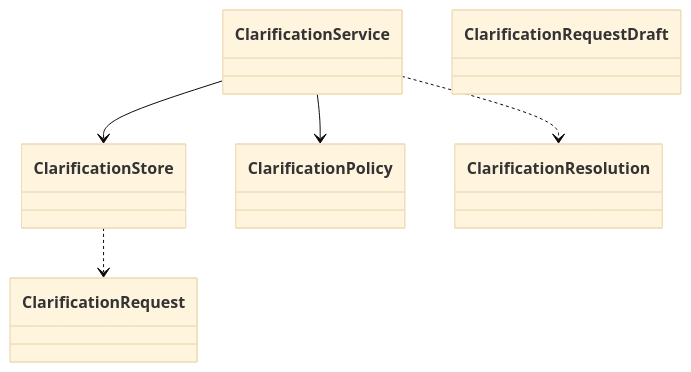
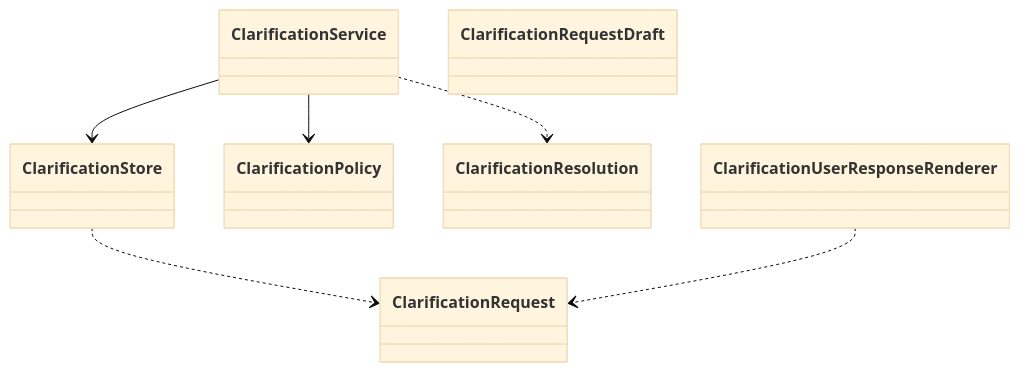
One commit to funjson/meta-agent changed the diagram in backend/src/main/java/com/funjson/metaagent/clarification/README.md. Above: the diagram before and after it, drawn with Mermaid (base theme). The commit also changed other lines of this file and 120 other files, not shown here.

````diff
--- a/backend/src/main/java/com/funjson/metaagent/clarification/README.md
+++ b/backend/src/main/java/com/funjson/metaagent/clarification/README.md
@@ -18,14 +18,16 @@
 ```mermaid
 classDiagram
   class ClarificationService
   class ClarificationStore
   class ClarificationPolicy
   class ClarificationRequest
   class ClarificationRequestDraft
   class ClarificationResolution
+  class ClarificationUserResponseRenderer
 
   ClarificationService --> ClarificationStore
   ClarificationService --> ClarificationPolicy
   ClarificationStore ..> ClarificationRequest
   ClarificationService ..> ClarificationResolution
+  ClarificationUserResponseRenderer ..> ClarificationRequest
 ```
````
